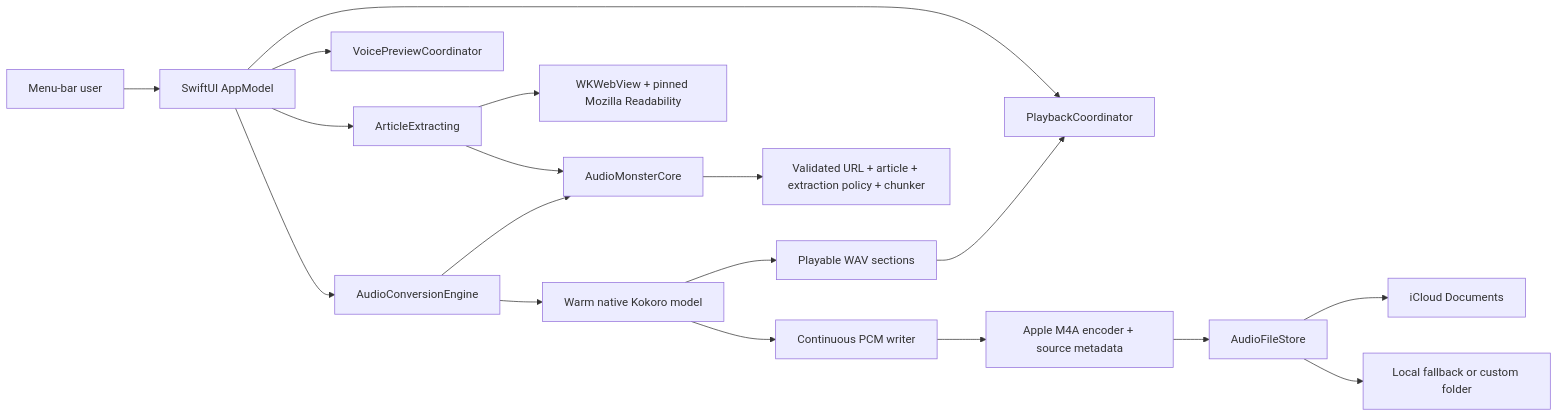
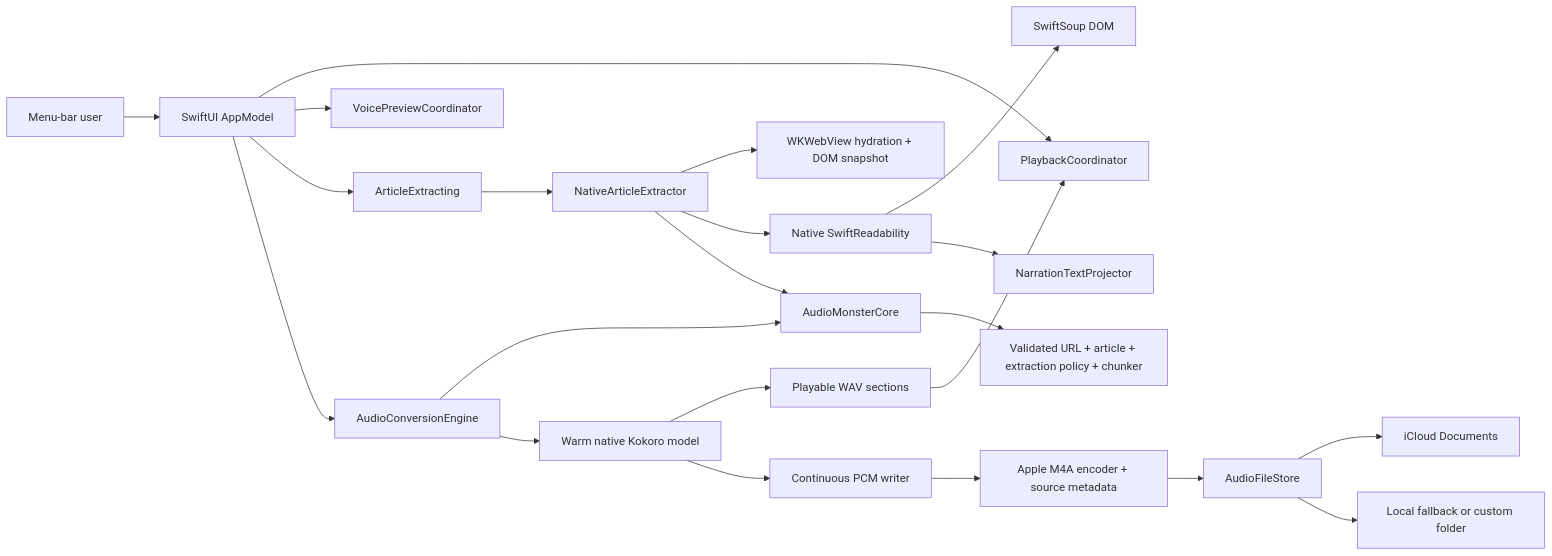
One commit to wolfyy970/audio-monster changed the diagram in docs/architecture.md. Above: the diagram before and after it, drawn with Mermaid. The commit also changed other lines of this file and 46 other files, not shown here.

Commit message:
Replace browser extractor with native Swift Readability

````diff
--- a/docs/architecture.md
+++ b/docs/architecture.md
@@ -5,20 +5,24 @@
 ```mermaid
 flowchart LR
     U["Menu-bar user"] --> M["SwiftUI AppModel"]
     M --> PC["PlaybackCoordinator"]
     M --> V["VoicePreviewCoordinator"]
     M --> E["ArticleExtracting"]
-    E --> W["WKWebView + pinned Mozilla Readability"]
+    E --> X["NativeArticleExtractor"]
+    X --> W["WKWebView hydration + DOM snapshot"]
+    X --> R["Native SwiftReadability"]
+    R --> D["SwiftSoup DOM"]
+    R --> N["NarrationTextProjector"]
     M --> A["AudioConversionEngine"]
-    E --> C["AudioMonsterCore"]
+    X --> C["AudioMonsterCore"]
     A --> C
     C --> H["Validated URL + article + extraction policy + chunker"]
     A --> K["Warm native Kokoro model"]
     K --> SEG["Playable WAV sections"]
     K --> F["Continuous PCM writer"]
     F --> Q["Apple M4A encoder + source metadata"]
     SEG --> PC
     Q --> S["AudioFileStore"]
     S --> I["iCloud Documents"]
     S --> L["Local fallback or custom folder"]
 ```
````
